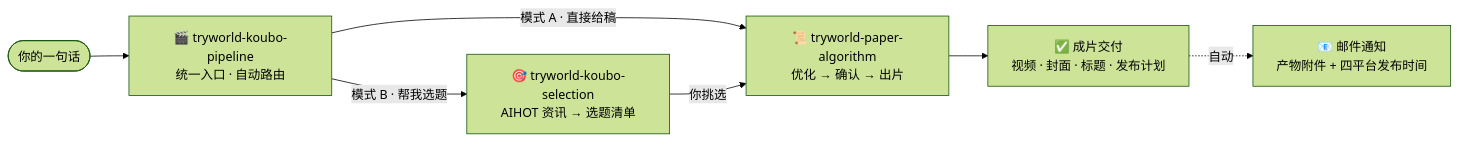
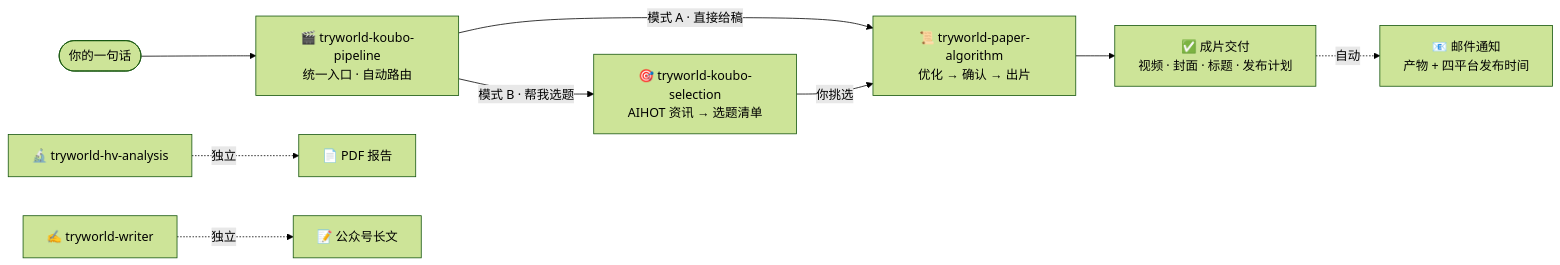
Before and after one commit to TryWorld2026/paper-algorithm: the diagram in README.zh-CN.md, drawn with Mermaid (forest theme). The commit also changed other lines of this file and 3 other files, not shown here.

````diff
--- a/README.zh-CN.md
+++ b/README.zh-CN.md
@@ -37,9 +37,11 @@
 ```mermaid
 flowchart LR
     U(["你的一句话"]) --> P["🎬 tryworld-koubo-pipeline<br/>统一入口 · 自动路由"]
     P -- "模式 A · 直接给稿" --> A["📜 tryworld-paper-algorithm<br/>优化 → 确认 → 出片"]
     P -- "模式 B · 帮我选题" --> S["🎯 tryworld-koubo-selection<br/>AIHOT 资讯 → 选题清单"]
     S -- "你挑选" --> A
     A --> O["✅ 成片交付<br/>视频 · 封面 · 标题 · 发布计划"]
-    O -. "自动" .-> M["📧 邮件通知<br/>产物附件 + 四平台发布时间"]
+    O -. "自动" .-> M["📧 邮件通知<br/>产物 + 四平台发布时间"]
+    H["🔬 tryworld-hv-analysis"] -. "独立" .-> R["📄 PDF 报告"]
+    W["✍️ tryworld-writer"] -. "独立" .-> C["📝 公众号长文"]
 ```
````
